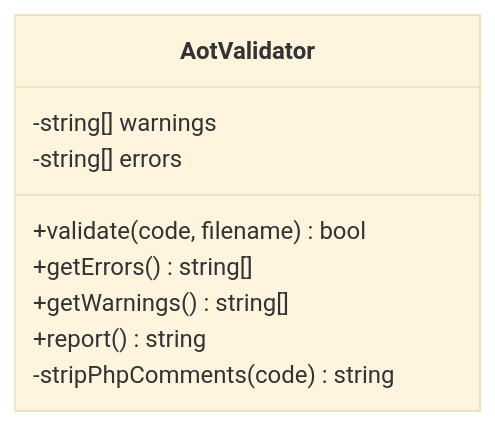
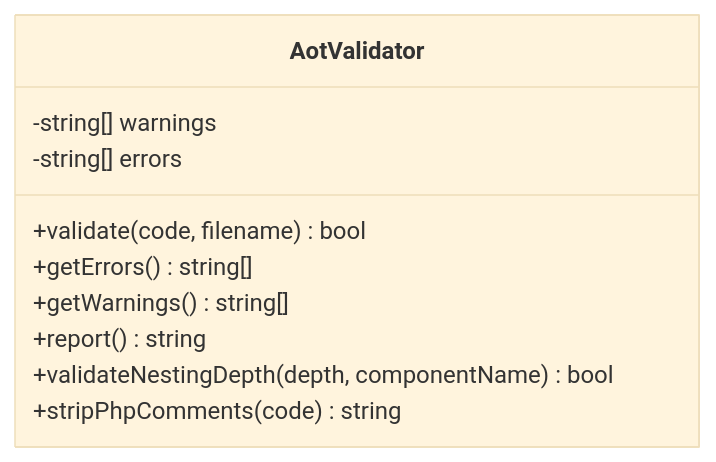
The third of 6 diagrams in .qoder/repowiki/zh/content/SFC编译器系统/AOT验证器.md (xingye00186/PHP-Data-UI-Framework-powered-by-swooleAOT), drawn with Mermaid (base theme) before and after one commit. The commit also changed other lines of this file and 10 other files, not shown here.

````diff
--- a/.qoder/repowiki/zh/content/SFC编译器系统/AOT验证器.md
+++ b/.qoder/repowiki/zh/content/SFC编译器系统/AOT验证器.md
@@ -140,12 +148,13 @@
 ```mermaid
 classDiagram
 class AotValidator {
 -string[] warnings
 -string[] errors
 +validate(code, filename) bool
 +getErrors() string[]
 +getWarnings() string[]
 +report() string
--stripPhpComments(code) string
++validateNestingDepth(depth, componentName) bool
++stripPhpComments(code) string
 }
 ```
````
